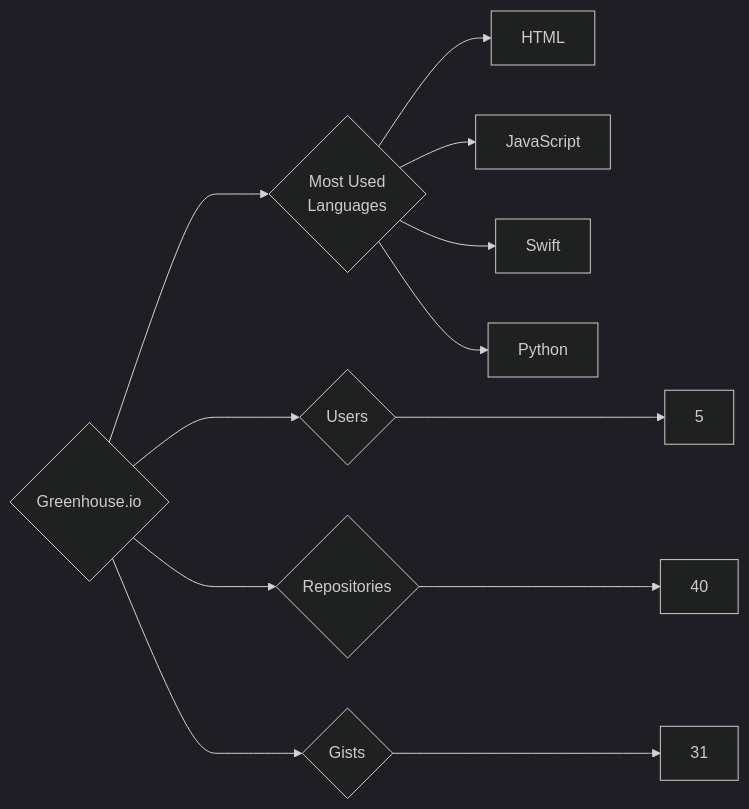
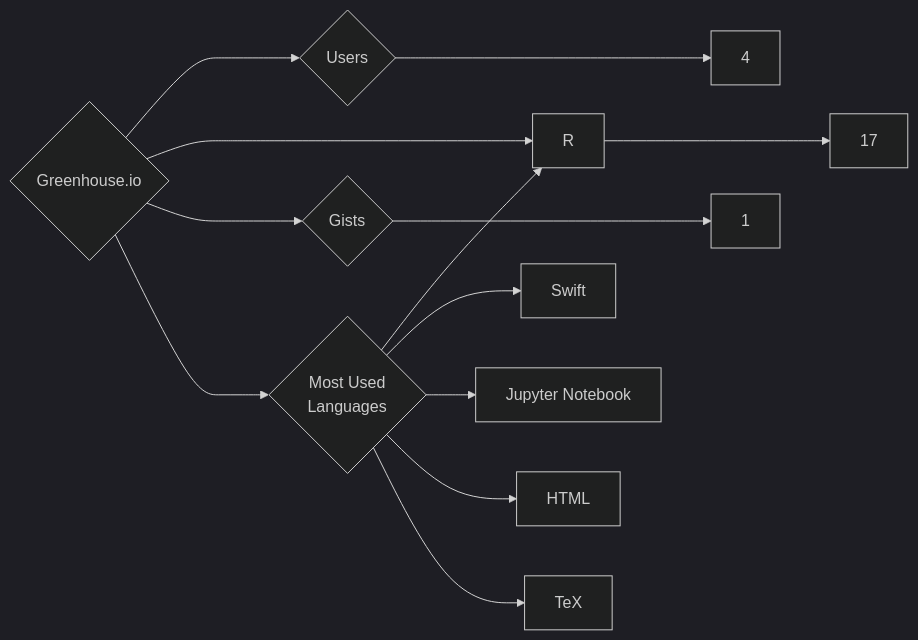
Before and after one commit to trickest/insiders: the diagram in targets/Greenhouse.io/README.md, drawn with Mermaid (dark theme). The commit also changed 559 other files, not shown here.

````diff
--- a/targets/Greenhouse.io/README.md
+++ b/targets/Greenhouse.io/README.md
@@ -3,12 +3,13 @@
 ```mermaid
 graph LR
 COMPANY_NAME{Greenhouse.io}
-COMPANY_NAME ---> U{Users} ---> UN[5]
-COMPANY_NAME ---> R{Repositories} ---> RN[40]
-COMPANY_NAME ---> G{Gists} ---> GN[31]
+COMPANY_NAME ---> U{Users} ---> UN[4]
+COMPANY_NAME ---> R{Repositories} ---> RN[17]
+COMPANY_NAME ---> G{Gists} ---> GN[1]
 COMPANY_NAME ---> ML{Most Used<br>Languages}
+ML --> R[R]
+ML --> Swift[Swift]
+ML --> Jupyter_Notebook[Jupyter Notebook]
 ML --> HTML[HTML]
-ML --> JavaScript[JavaScript]
-ML --> Swift[Swift]
-ML --> Python[Python]
+ML --> TeX[TeX]
 ```
````
